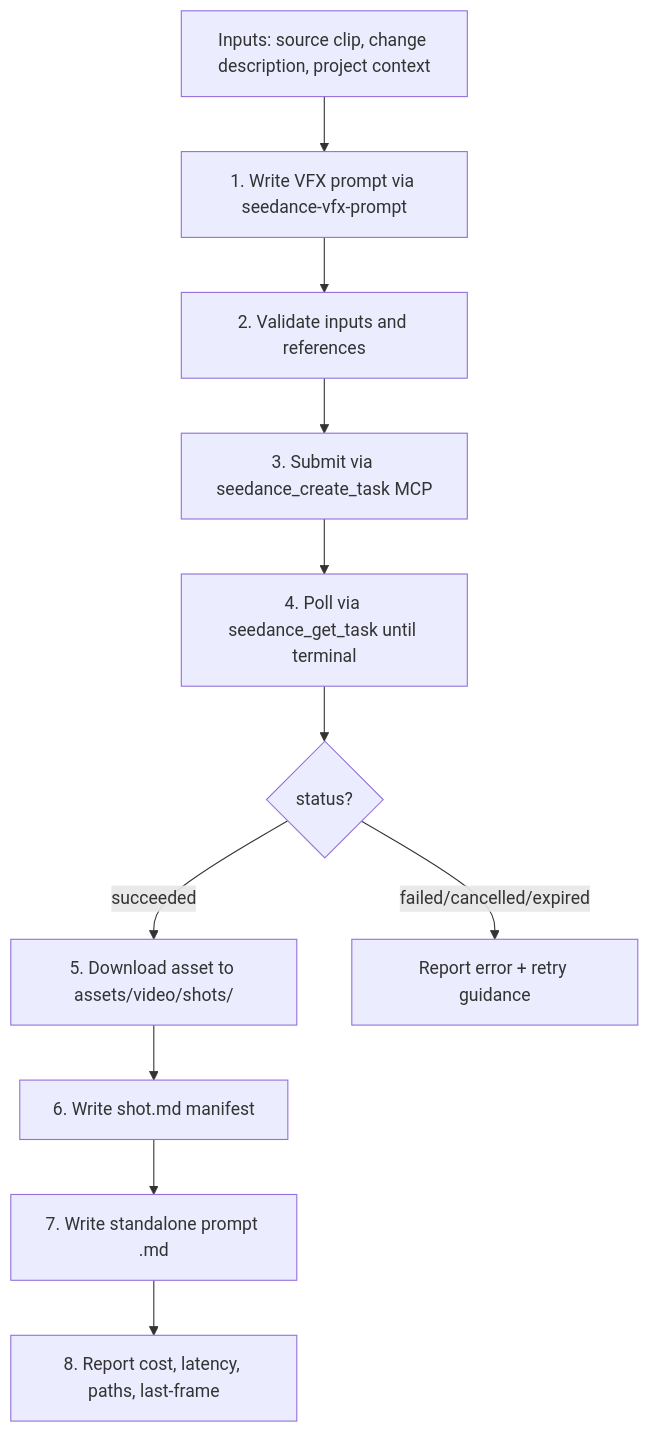
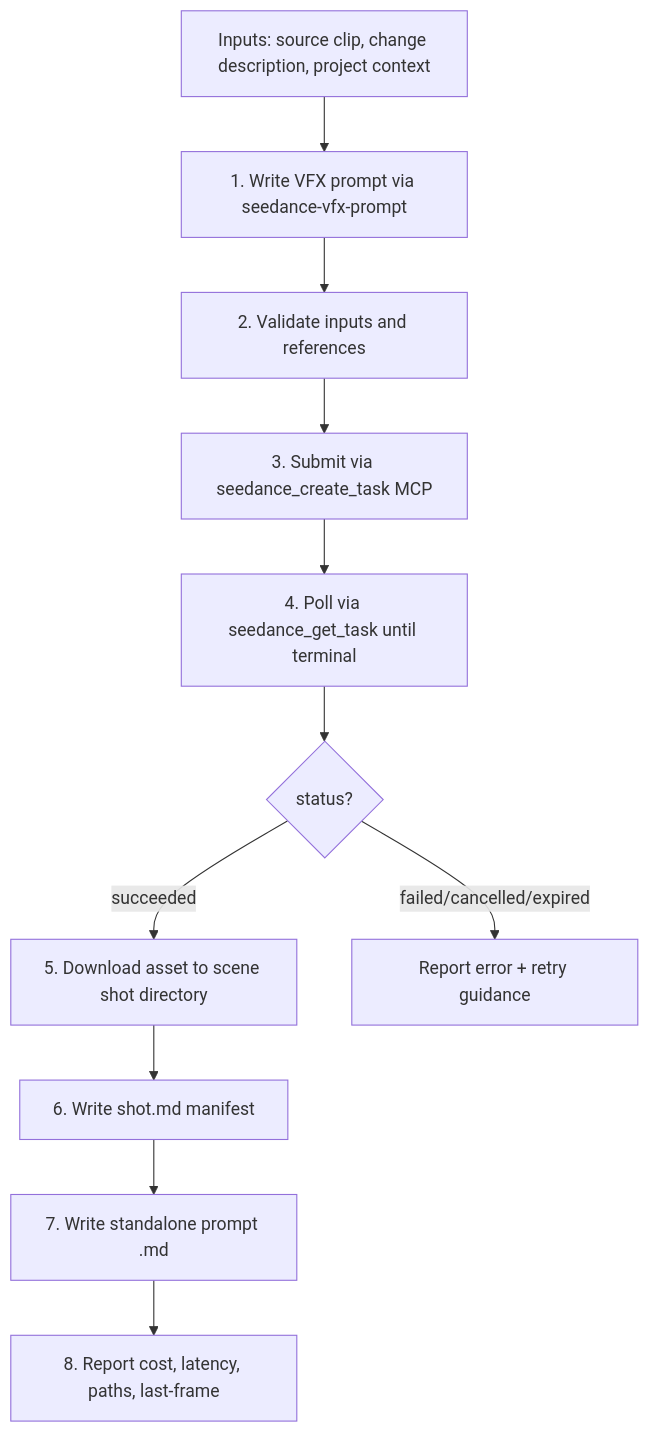
Before and after one commit to ArthurReimus-ByteDance/ark-director: the first of 2 diagrams in .agents/skills/seedance-vfx-shot/SKILL.md, drawn with Mermaid. The commit also changed other lines of this file and 6 other files, not shown here.

First line of the commit message:
refactor: align skill paths to flat elements/ and scene shot conventions

````diff
--- a/.agents/skills/seedance-vfx-shot/SKILL.md
+++ b/.agents/skills/seedance-vfx-shot/SKILL.md
@@ -40,14 +40,14 @@
 ```mermaid
 flowchart TD
     IN[Inputs: source clip, change description, project context] --> PROMPT
     PROMPT[1. Write VFX prompt via seedance-vfx-prompt] --> VALIDATE
     VALIDATE[2. Validate inputs and references] --> SUBMIT
     SUBMIT[3. Submit via seedance_create_task MCP] --> POLL
     POLL[4. Poll via seedance_get_task until terminal] --> CHECK
     CHECK{status?} -->|succeeded| SAVE
     CHECK -->|failed/cancelled/expired| ERROR[Report error + retry guidance]
-    SAVE[5. Download asset to assets/video/shots/] --> MANIFEST
+    SAVE[5. Download asset to scene shot directory] --> MANIFEST
     MANIFEST[6. Write shot.md manifest] --> PROMPTFILE
     PROMPTFILE[7. Write standalone prompt .md] --> REPORT
     REPORT[8. Report cost, latency, paths, last-frame]
 ```
````
